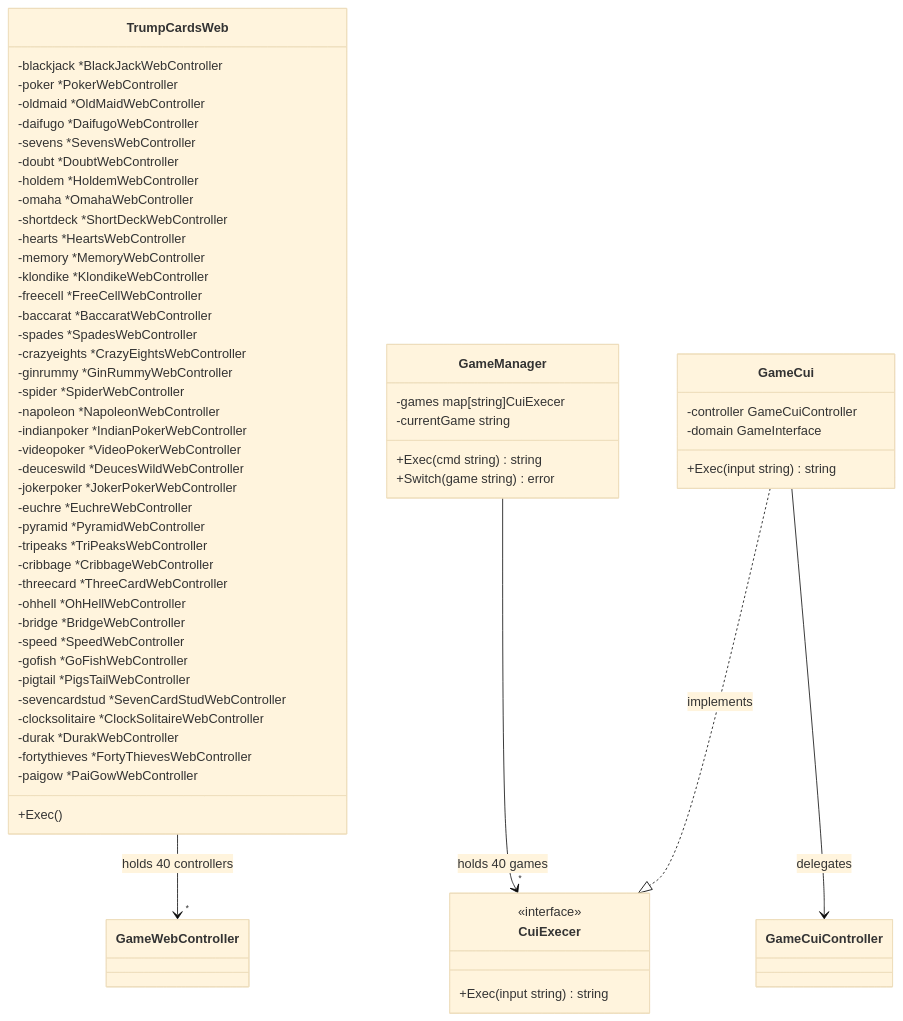
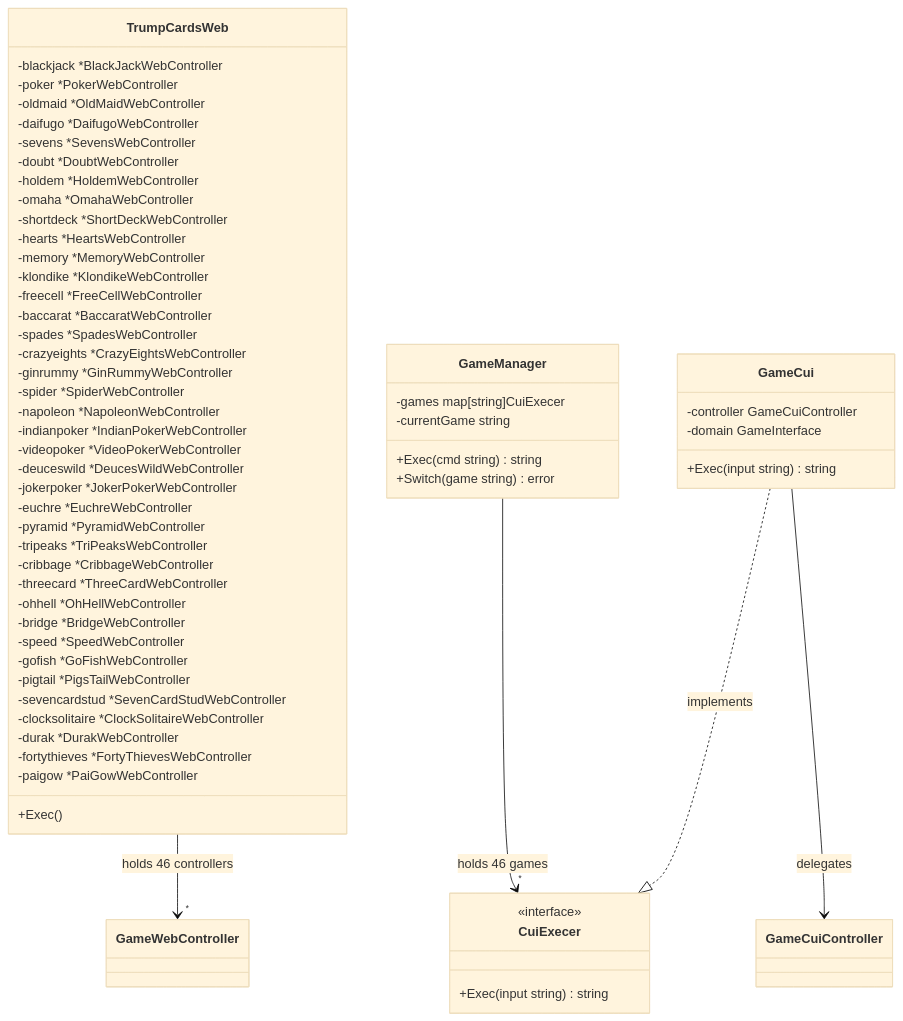
Diagram 12 of 57 in docs/design/backend.md (yuta-yoshinaga/go_trumpcards), drawn with Mermaid (base theme) before and after one commit. The commit also changed other lines of this file and 2 other files, not shown here.

First line of the commit message:
docs: sync game counts and phase class drift for 46-game lineup

````diff
--- a/docs/design/backend.md
+++ b/docs/design/backend.md
@@ -1329,67 +1329,67 @@
 ```mermaid
 classDiagram
     class TrumpCardsWeb {
         -blackjack *BlackJackWebController
         -poker *PokerWebController
         -oldmaid *OldMaidWebController
         -daifugo *DaifugoWebController
         -sevens *SevensWebController
         -doubt *DoubtWebController
         -holdem *HoldemWebController
         -omaha *OmahaWebController
         -shortdeck *ShortDeckWebController
         -hearts *HeartsWebController
         -memory *MemoryWebController
         -klondike *KlondikeWebController
         -freecell *FreeCellWebController
         -baccarat *BaccaratWebController
         -spades *SpadesWebController
         -crazyeights *CrazyEightsWebController
         -ginrummy *GinRummyWebController
         -spider *SpiderWebController
         -napoleon *NapoleonWebController
         -indianpoker *IndianPokerWebController
         -videopoker *VideoPokerWebController
         -deuceswild *DeucesWildWebController
         -jokerpoker *JokerPokerWebController
         -euchre *EuchreWebController
         -pyramid *PyramidWebController
         -tripeaks *TriPeaksWebController
         -cribbage *CribbageWebController
         -threecard *ThreeCardWebController
         -ohhell *OhHellWebController
         -bridge *BridgeWebController
         -speed *SpeedWebController
         -gofish *GoFishWebController
         -pigtail *PigsTailWebController
         -sevencardstud *SevenCardStudWebController
         -clocksolitaire *ClockSolitaireWebController
         -durak *DurakWebController
         -fortythieves *FortyThievesWebController
         -paigow *PaiGowWebController
         +Exec()
     }
 
     class GameManager {
         -games map[string]CuiExecer
         -currentGame string
         +Exec(cmd string) string
         +Switch(game string) error
     }
 
     class CuiExecer {
         <<interface>>
         +Exec(input string) string
     }
 
     class GameCui {
         -controller GameCuiController
         -domain GameInterface
         +Exec(input string) string
     }
 
-    TrumpCardsWeb --> "*" GameWebController : holds 40 controllers
-    GameManager --> "*" CuiExecer : holds 40 games
+    TrumpCardsWeb --> "*" GameWebController : holds 46 controllers
+    GameManager --> "*" CuiExecer : holds 46 games
     GameCui ..|> CuiExecer : implements
     GameCui --> GameCuiController : delegates
 ```
````
